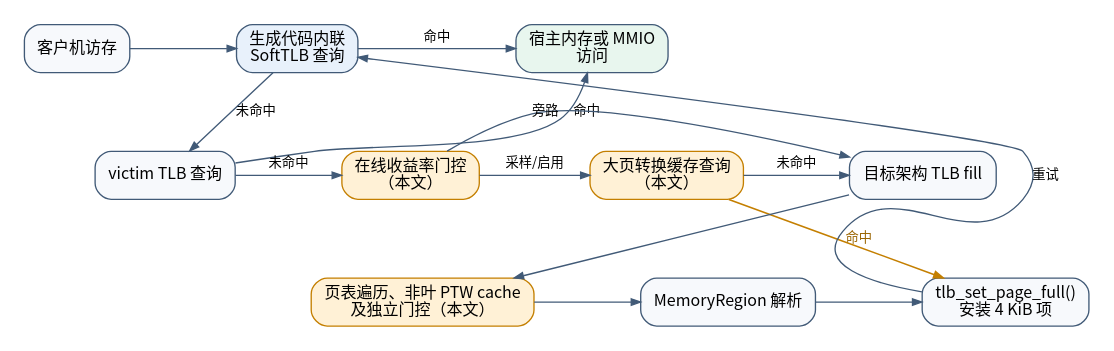
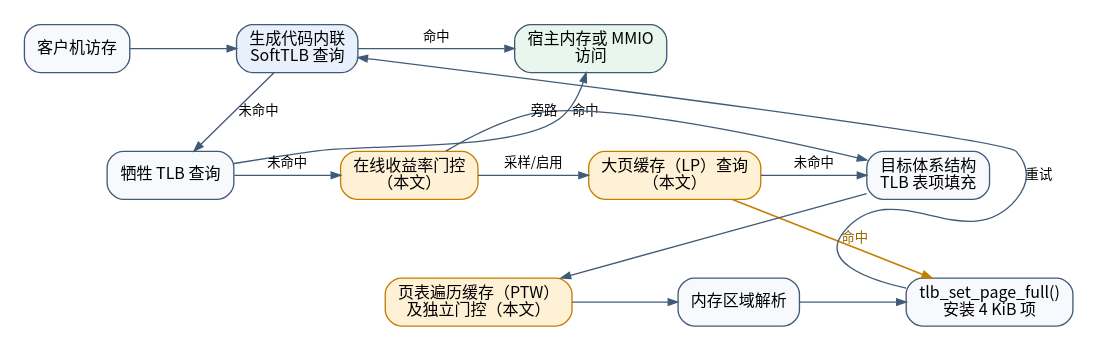
One commit to foxsen/qemu changed the diagram in tlb-study/figures/softmmu-path.dot. Above: the diagram before and after it, drawn with Graphviz. The commit also changed 6 other files, not shown here.

```diff
--- a/tlb-study/figures/softmmu-path.dot
+++ b/tlb-study/figures/softmmu-path.dot
@@ -1,59 +1,59 @@
 digraph softmmu_path {
     graph [
         rankdir=TB,
         bgcolor="white",
         fontname="Noto Sans CJK SC",
         fontsize=12,
         nodesep=0.55,
         ranksep=0.65,
         pad=0.15
     ];
     node [
         shape=box,
         style="rounded,filled",
         fillcolor="#f7f9fc",
         color="#415a77",
         fontname="Noto Sans CJK SC",
         fontsize=12,
         margin="0.12,0.07"
     ];
     edge [
         color="#415a77",
         fontname="Noto Sans CJK SC",
         fontsize=10,
         arrowsize=0.7
     ];
 
     access [label="客户机访存"];
     l1 [label="生成代码内联\nSoftTLB 查询", fillcolor="#e8f1fb"];
     host [label="宿主内存或 MMIO\n访问", fillcolor="#e8f6ee"];
-    victim [label="victim TLB 查询"];
+    victim [label="牺牲 TLB 查询"];
     gate [label="在线收益率门控\n（本文）", fillcolor="#fff1d6",
         color="#c47f00"];
-    lp [label="大页转换缓存查询\n（本文）", fillcolor="#fff1d6",
+    lp [label="大页缓存（LP）查询\n（本文）", fillcolor="#fff1d6",
         color="#c47f00"];
-    fill [label="目标架构 TLB fill"];
-    ptw [label="页表遍历、非叶 PTW cache\n及独立门控（本文）", fillcolor="#fff1d6",
+    fill [label="目标体系结构\nTLB 表项填充"];
+    ptw [label="页表遍历缓存（PTW）\n及独立门控（本文）", fillcolor="#fff1d6",
         color="#c47f00"];
-    region [label="MemoryRegion 解析"];
+    region [label="内存区域解析"];
     install [label="tlb_set_page_full()\n安装 4 KiB 项"];
 
     { rank=same; access; l1; host; }
     { rank=same; victim; gate; lp; fill; }
     { rank=same; install; region; ptw; }
 
     access -> l1;
     l1 -> host [label="命中"];
     l1 -> victim [label="未命中"];
     victim -> host [label="命中"];
     victim -> gate [label="未命中"];
     gate -> lp [label="采样/启用"];
     gate -> fill [label="旁路"];
     lp -> install [label="命中", color="#c47f00", fontcolor="#9a6500",
         penwidth=1.2];
     lp -> fill [label="未命中"];
     fill -> ptw;
     ptw -> region;
     region -> install;
     install -> l1 [label="重试", constraint=false];
 }
```
